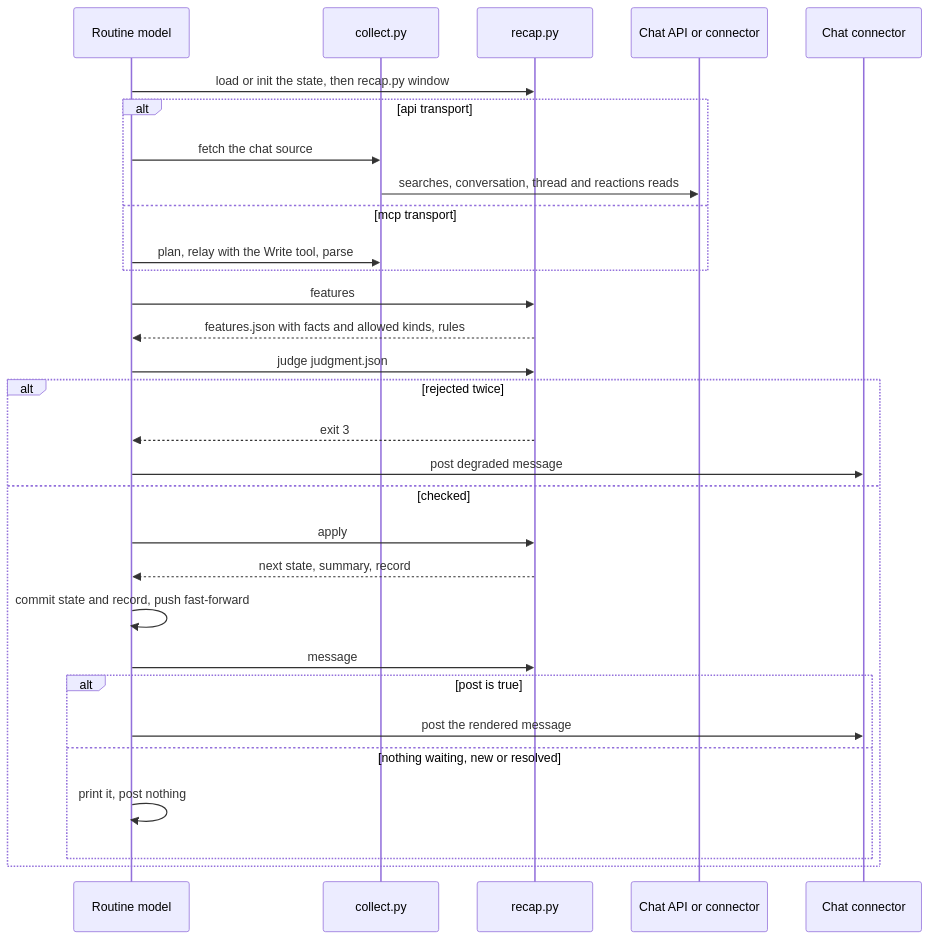
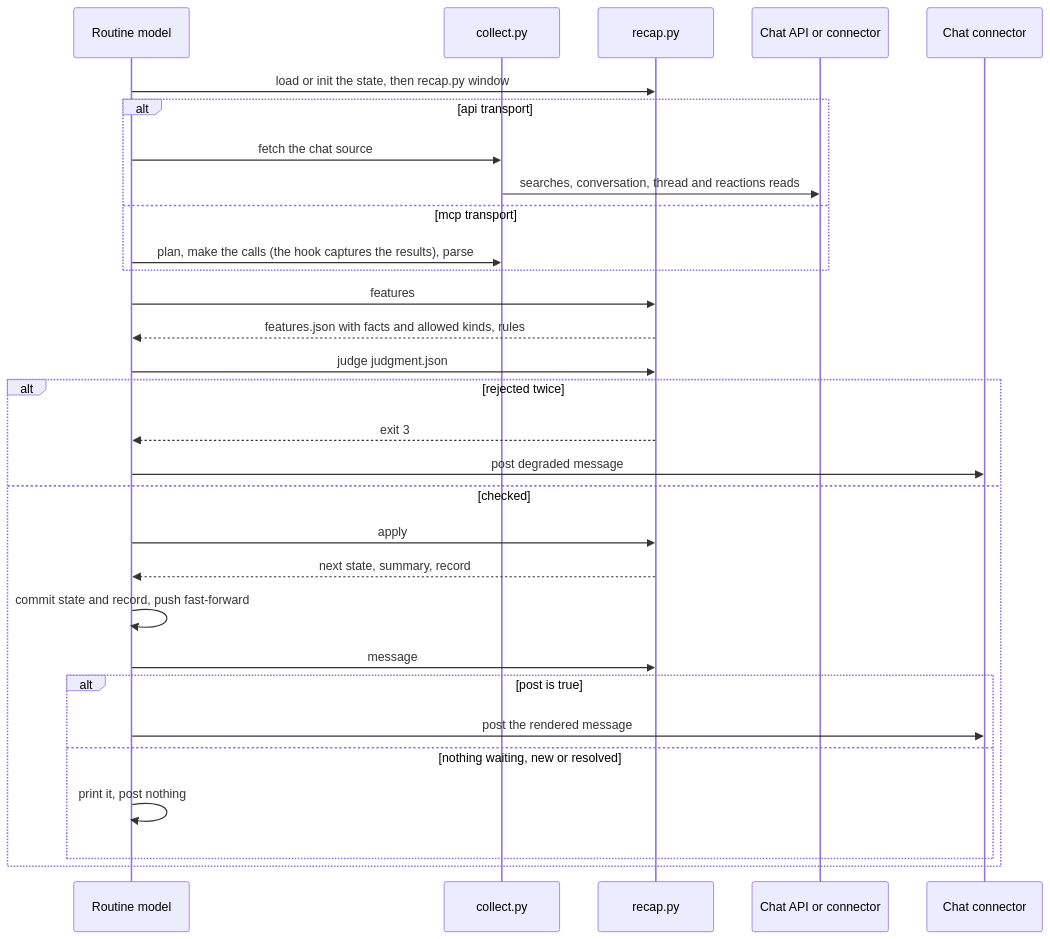
One commit to jrollin/claudio changed diagram 11 of 11 in docs/features/routines-as-code/design.md. Above: the diagram before and after it, drawn with Mermaid. The commit also changed other lines of this file and 18 other files, not shown here.

First line of the commit message:
feat(claudio-routines): capture relay results with a PostToolUse hook

````diff
--- a/docs/features/routines-as-code/design.md
+++ b/docs/features/routines-as-code/design.md
@@ -2085,32 +2111,32 @@
 ```mermaid
 sequenceDiagram
     participant M as Routine model
     participant C as collect.py
     participant R as recap.py
     participant A as Chat API or connector
     participant H as Chat connector
     M->>R: load or init the state, then recap.py window
     alt api transport
         M->>C: fetch the chat source
         C->>A: searches, conversation, thread and reactions reads
     else mcp transport
-        M->>C: plan, relay with the Write tool, parse
+        M->>C: plan, make the calls (the hook captures the results), parse
     end
     M->>R: features
     R-->>M: features.json with facts and allowed kinds, rules
     M->>R: judge judgment.json
     alt rejected twice
         R-->>M: exit 3
         M->>H: post degraded message
     else checked
         M->>R: apply
         R-->>M: next state, summary, record
         M->>M: commit state and record, push fast-forward
         M->>R: message
         alt post is true
             M->>H: post the rendered message
         else nothing waiting, new or resolved
             M->>M: print it, post nothing
         end
     end
 ```
````
